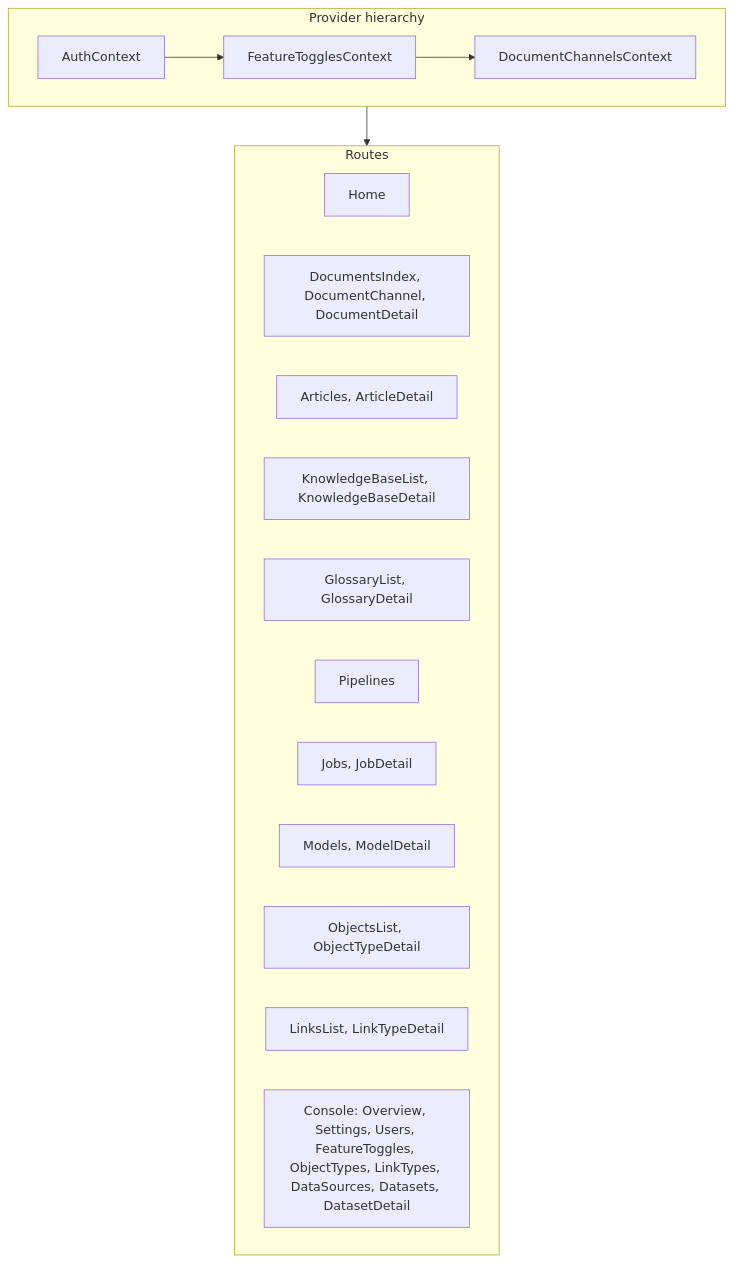
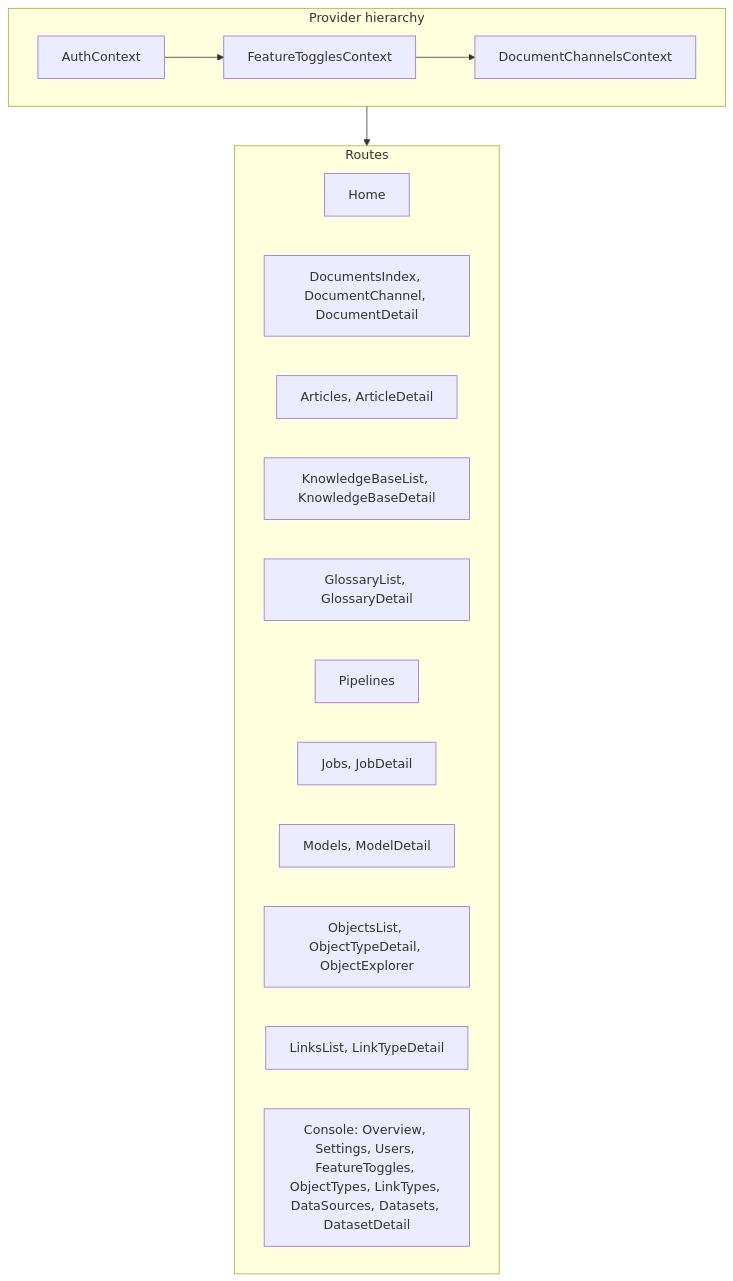
One commit to yingrui/openKMS changed the second of 5 diagrams in docs/architecture.md. Above: the diagram before and after it, drawn with Mermaid. The commit also changed other lines of this file and 19 other files, not shown here.

First line of the commit message:
feat: Ontology menu, Neo4j for Objects/Links pages, Object Explorer

````diff
--- a/docs/architecture.md
+++ b/docs/architecture.md
@@ -59,26 +59,26 @@
 ```mermaid
 flowchart TB
   subgraph Providers["Provider hierarchy"]
     Auth[AuthContext]
     FT[FeatureTogglesContext]
     DC[DocumentChannelsContext]
     Auth --> FT
     FT --> DC
   end
 
   subgraph Pages["Routes"]
     Home[Home]
     Docs[DocumentsIndex, DocumentChannel, DocumentDetail]
     Articles[Articles, ArticleDetail]
     KB[KnowledgeBaseList, KnowledgeBaseDetail]
     Glossaries[GlossaryList, GlossaryDetail]
     Pipelines[Pipelines]
     Jobs[Jobs, JobDetail]
     Models[Models, ModelDetail]
-    Objects[ObjectsList, ObjectTypeDetail]
+    Objects[ObjectsList, ObjectTypeDetail, ObjectExplorer]
     Links[LinksList, LinkTypeDetail]
     Console[Console: Overview, Settings, Users, FeatureToggles, ObjectTypes, LinkTypes, DataSources, Datasets, DatasetDetail]
   end
 
   Providers --> Pages
 ```
````
